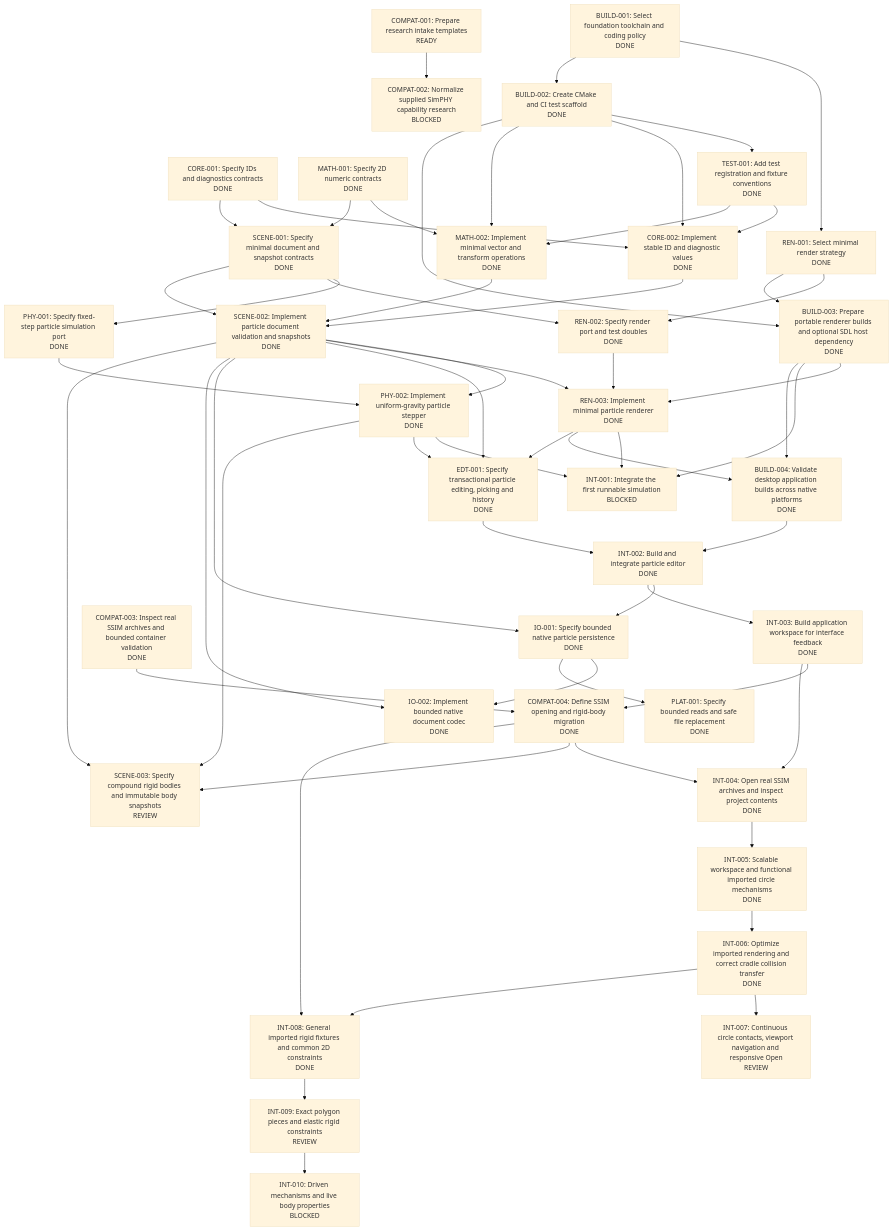
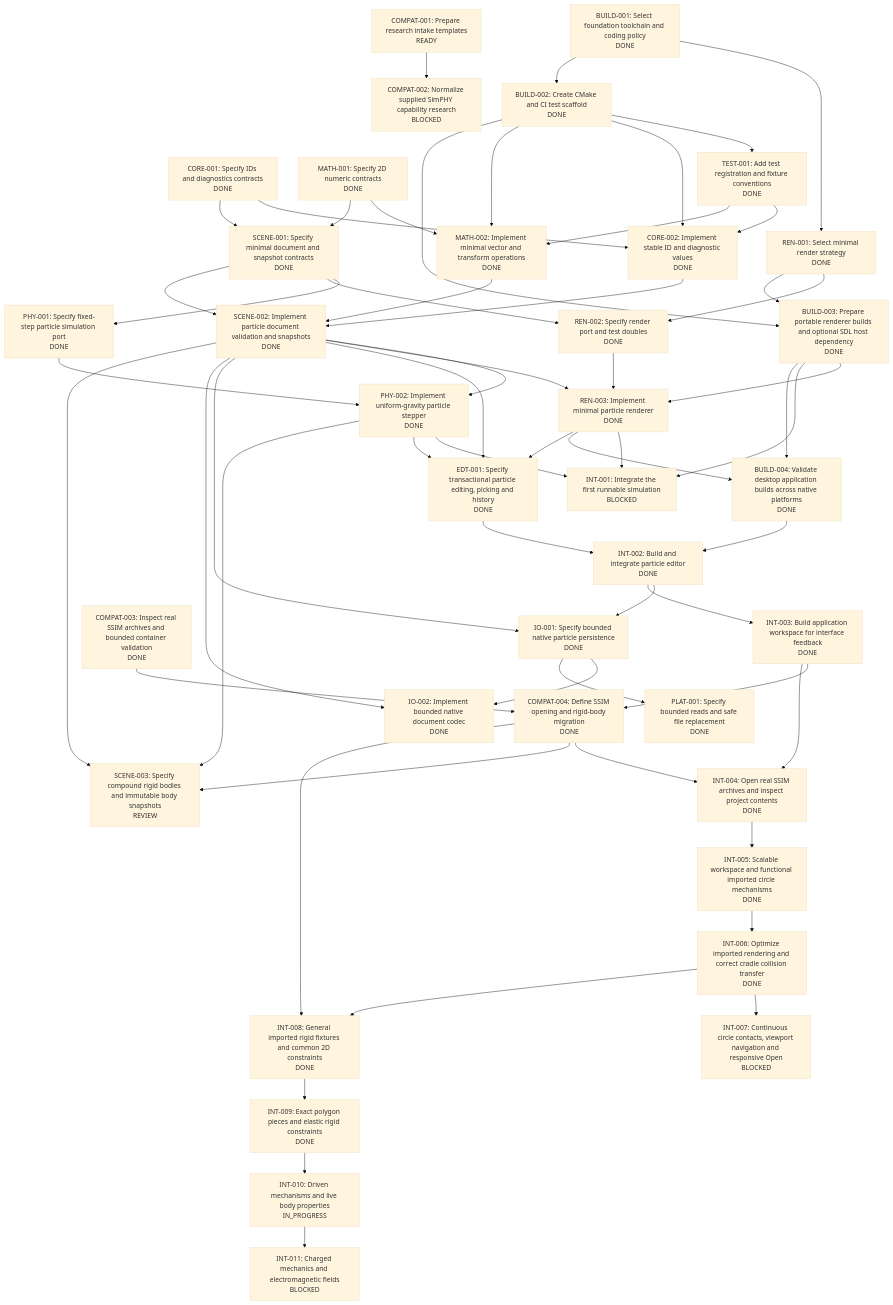
The diagram in tasks/graph.md (JnJarvis/open-simphy), drawn with Mermaid (base theme) before and after one commit. The commit also changed other lines of this file and 4 other files, not shown here.

Commit message:
Record approved merge, driven mechanics progress and charged simulation scope

````diff
--- a/tasks/graph.md
+++ b/tasks/graph.md
@@ -39,10 +39,11 @@
   INT_005["INT-005: Scalable workspace and functional imported circle mechanisms<br/>DONE"]
   SCENE_003["SCENE-003: Specify compound rigid bodies and immutable body snapshots<br/>REVIEW"]
   INT_006["INT-006: Optimize imported rendering and correct cradle collision transfer<br/>DONE"]
-  INT_007["INT-007: Continuous circle contacts, viewport navigation and responsive Open<br/>REVIEW"]
+  INT_007["INT-007: Continuous circle contacts, viewport navigation and responsive Open<br/>BLOCKED"]
   INT_008["INT-008: General imported rigid fixtures and common 2D constraints<br/>DONE"]
-  INT_009["INT-009: Exact polygon pieces and elastic rigid constraints<br/>REVIEW"]
-  INT_010["INT-010: Driven mechanisms and live body properties<br/>BLOCKED"]
+  INT_009["INT-009: Exact polygon pieces and elastic rigid constraints<br/>DONE"]
+  INT_011["INT-011: Charged mechanics and electromagnetic fields<br/>BLOCKED"]
+  INT_010["INT-010: Driven mechanisms and live body properties<br/>IN_PROGRESS"]
   BUILD_001 --> REN_001
   BUILD_001 --> BUILD_002
   BUILD_002 --> TEST_001
@@ -98,4 +99,5 @@
   COMPAT_004 --> INT_008
   INT_008 --> INT_009
   INT_009 --> INT_010
+  INT_010 --> INT_011
 ```
````
